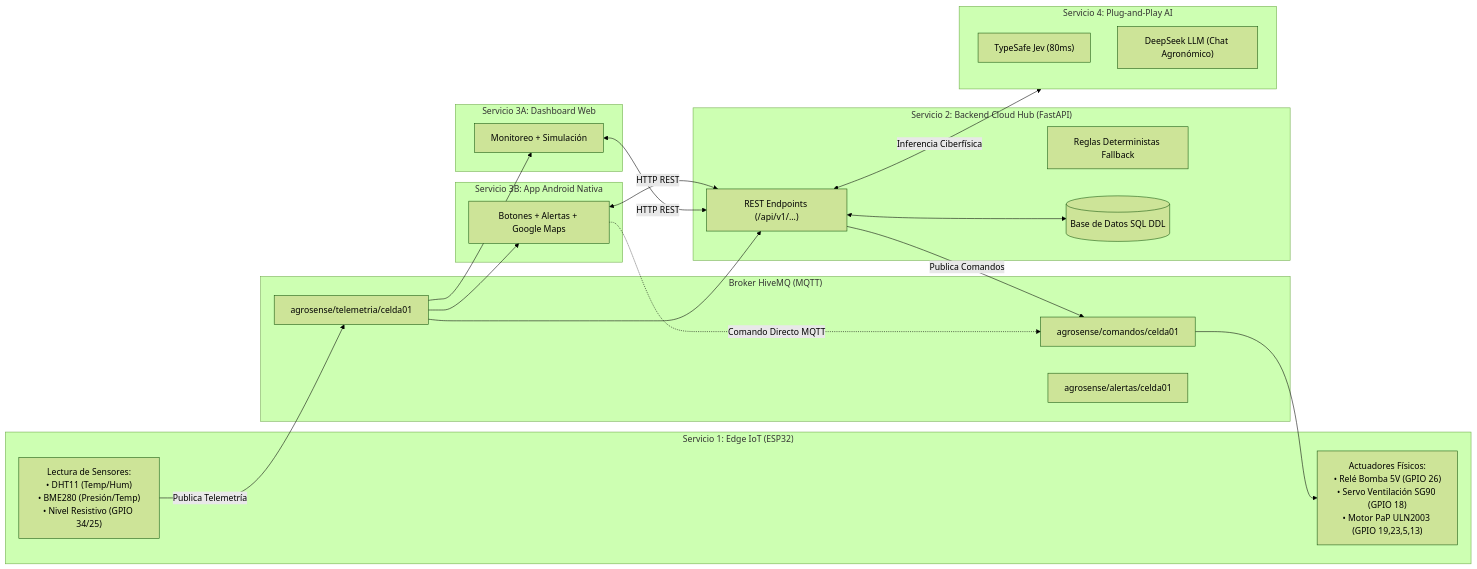
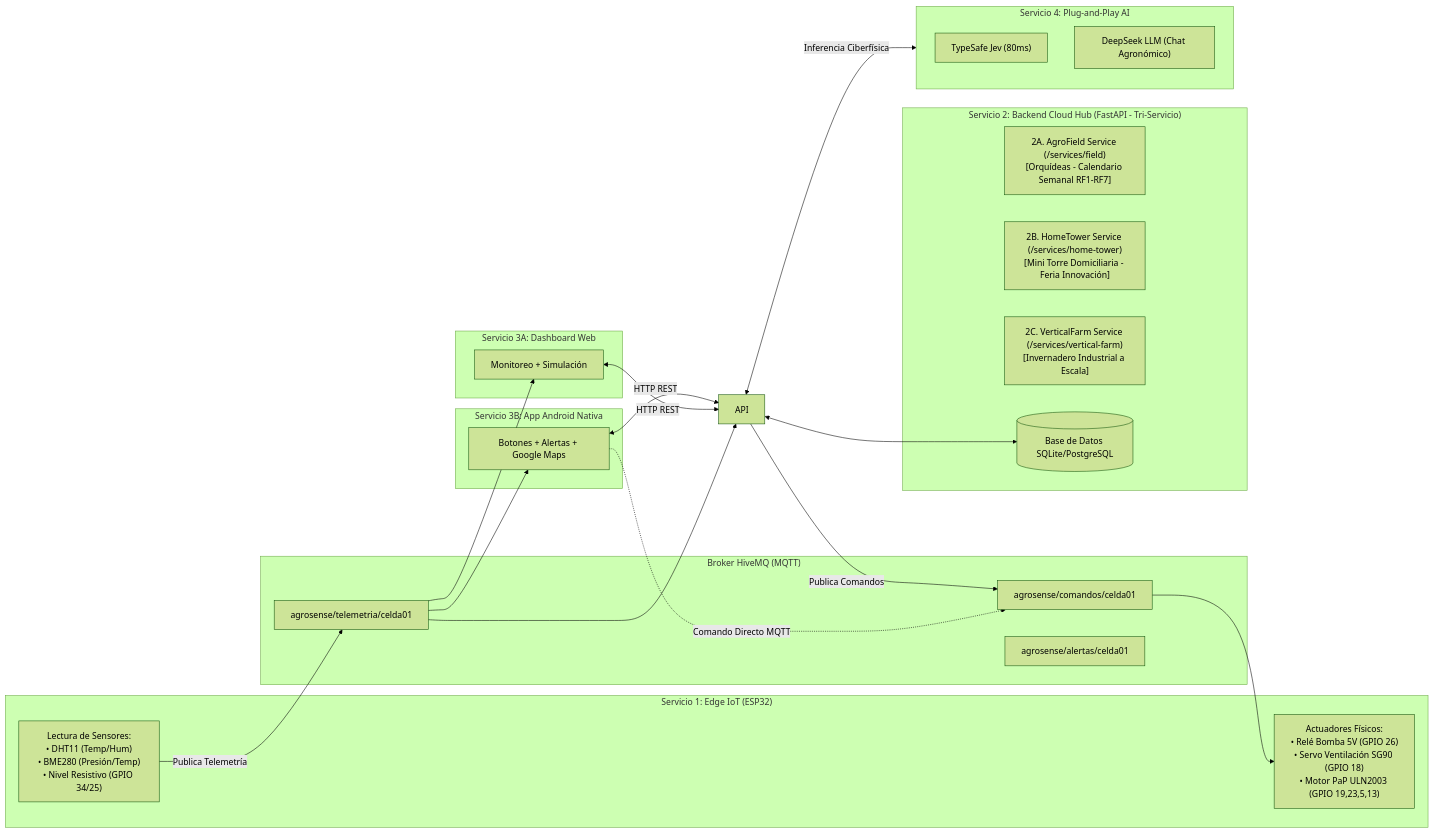
One commit to jasmnogu93/AGROSENSE_AI changed the diagram in ProyectoServiciosASAI/ESPECIFICACION_DATOS_Y_SERVICIOS_ASAI.md. Above: the diagram before and after it, drawn with Mermaid (forest theme). The commit also changed 12 other files, not shown here.

Commit message:
feat(soa): Implement tri-service architecture (AgroField, HomeTower, VerticalFarm), SDD specs, AGENTS.md, and adaptive frontend

````diff
--- a/ProyectoServiciosASAI/ESPECIFICACION_DATOS_Y_SERVICIOS_ASAI.md
+++ b/ProyectoServiciosASAI/ESPECIFICACION_DATOS_Y_SERVICIOS_ASAI.md
@@ -17,46 +17,47 @@
 ```mermaid
 flowchart LR
     subgraph S1 ["Servicio 1: Edge IoT (ESP32)"]
         SENSORES["Lectura de Sensores:<br/>• DHT11 (Temp/Hum)<br/>• BME280 (Presión/Temp)<br/>• Nivel Resistivo (GPIO 34/25)"]
         ACTUADORES["Actuadores Físicos:<br/>• Relé Bomba 5V (GPIO 26)<br/>• Servo Ventilación SG90 (GPIO 18)<br/>• Motor PaP ULN2003 (GPIO 19,23,5,13)"]
     end
 
     subgraph BROKER ["Broker HiveMQ (MQTT)"]
         TOPIC_TEL["agrosense/telemetria/celda01"]
         TOPIC_CMD["agrosense/comandos/celda01"]
         TOPIC_ALERT["agrosense/alertas/celda01"]
     end
 
-    subgraph S2 ["Servicio 2: Backend Cloud Hub (FastAPI)"]
-        API["REST Endpoints (/api/v1/...)"]
-        RULES["Reglas Deterministas Fallback"]
-        DB[(Base de Datos SQL DDL)]
+    subgraph S2 ["Servicio 2: Backend Cloud Hub (FastAPI - Tri-Servicio)"]
+        S2A["2A. AgroField Service (/services/field)<br/>[Orquídeas - Calendario Semanal RF1-RF7]"]
+        S2B["2B. HomeTower Service (/services/home-tower)<br/>[Mini Torre Domiciliaria - Feria Innovación]"]
+        S2C["2C. VerticalFarm Service (/services/vertical-farm)<br/>[Invernadero Industrial a Escala]"]
+        DB[(Base de Datos SQLite/PostgreSQL)]
     end
 
     subgraph S3A ["Servicio 3A: Dashboard Web"]
         WEB["Monitoreo + Simulación"]
     end
 
     subgraph S3B ["Servicio 3B: App Android Nativa"]
         AND["Botones + Alertas + Google Maps"]
     end
 
     subgraph S4 ["Servicio 4: Plug-and-Play AI"]
         JEV["TypeSafe Jev (80ms)"]
         LLM["DeepSeek LLM (Chat Agronómico)"]
     end
 
     SENSORES -->|Publica Telemetría| TOPIC_TEL
     TOPIC_TEL --> API
     TOPIC_TEL --> AND
     TOPIC_TEL --> WEB
 
     API -->|Publica Comandos| TOPIC_CMD
     AND -.->|Comando Directo MQTT| TOPIC_CMD
     TOPIC_CMD --> ACTUADORES
 
     AND <-->|HTTP REST| API
     WEB <-->|HTTP REST| API
     API <-->|Inferencia Ciberfísica| S4
     API <--> DB
 ```
````
